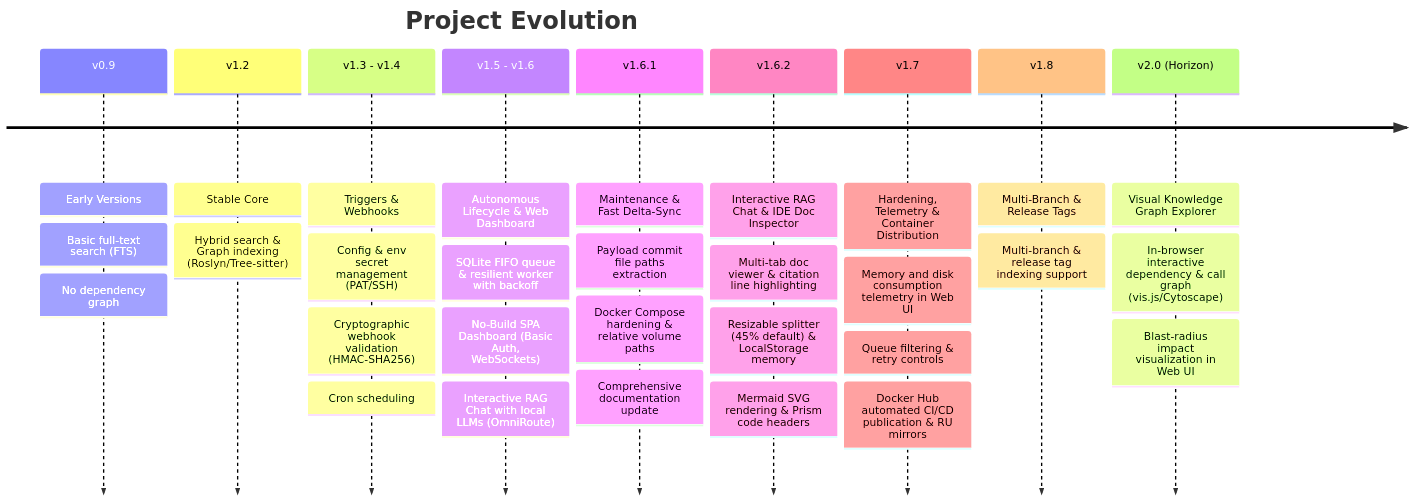
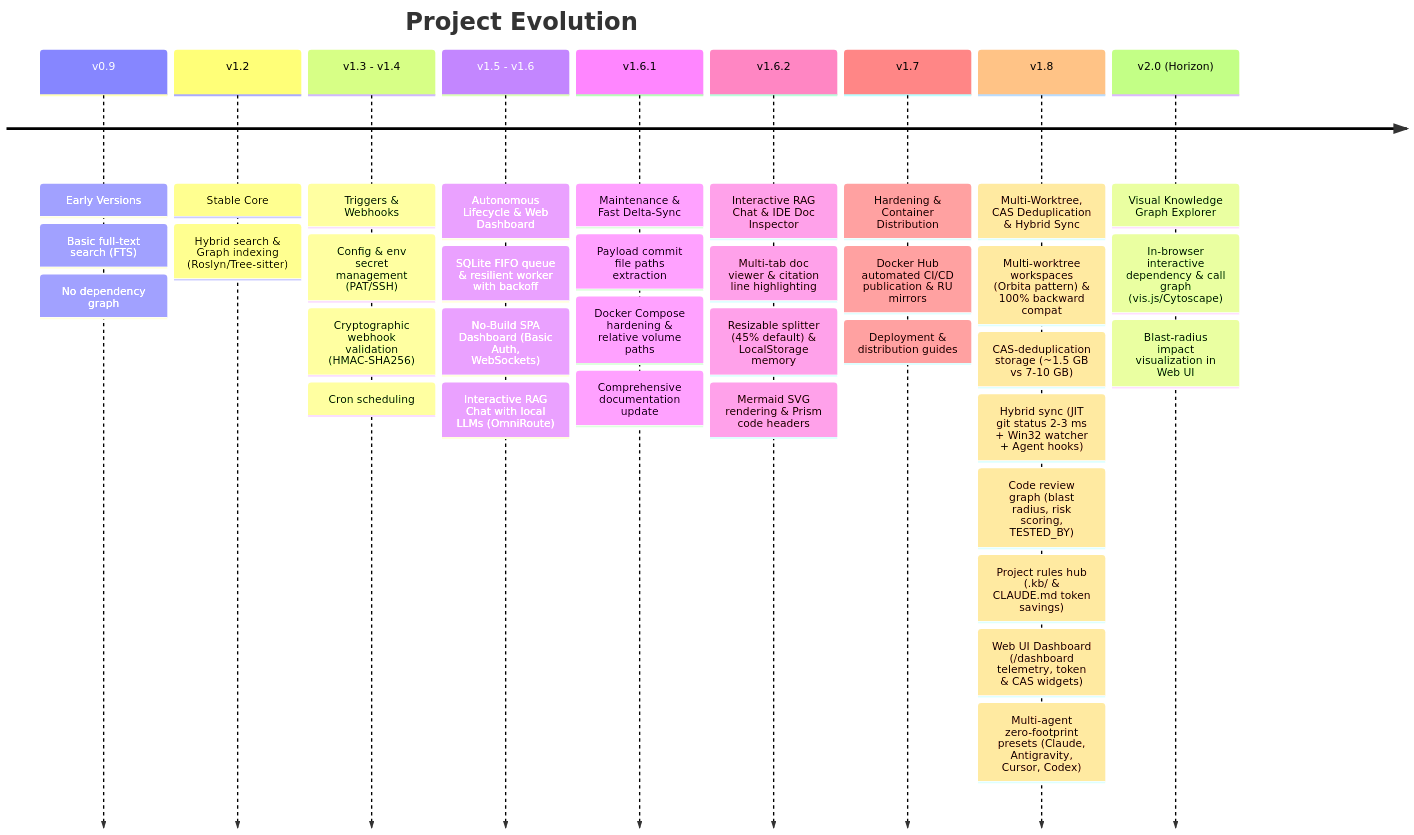
Before and after one commit to PaulTheSecond/knowledgebase-mcp: the diagram in docs/roadmap_autonomous_sync.md, drawn with Mermaid. The commit also changed other lines of this file and 2 other files, not shown here.

Commit message:
docs(architecture): add ADR-008 and update roadmap for v1.8 Multi-Worktree, CAS and Hybrid Sync

````diff
--- a/docs/roadmap_autonomous_sync.md
+++ b/docs/roadmap_autonomous_sync.md
@@ -11,34 +11,39 @@
 ```mermaid
 timeline
     title Project Evolution
     v0.9 : Early Versions
          : Basic full-text search (FTS)
          : No dependency graph
     v1.2 : Stable Core
          : Hybrid search & Graph indexing (Roslyn/Tree-sitter)
     v1.3 - v1.4 : Triggers & Webhooks
          : Config & env secret management (PAT/SSH)
          : Cryptographic webhook validation (HMAC-SHA256)
          : Cron scheduling
     v1.5 - v1.6 : Autonomous Lifecycle & Web Dashboard
          : SQLite FIFO queue & resilient worker with backoff
          : No-Build SPA Dashboard (Basic Auth, WebSockets)
          : Interactive RAG Chat with local LLMs (OmniRoute)
     v1.6.1 : Maintenance & Fast Delta-Sync
          : Payload commit file paths extraction
          : Docker Compose hardening & relative volume paths
          : Comprehensive documentation update
     v1.6.2 : Interactive RAG Chat & IDE Doc Inspector
          : Multi-tab doc viewer & citation line highlighting
          : Resizable splitter (45% default) & LocalStorage memory
          : Mermaid SVG rendering & Prism code headers
-    v1.7 : Hardening, Telemetry & Container Distribution
-         : Memory and disk consumption telemetry in Web UI
-         : Queue filtering & retry controls
+    v1.7 : Hardening & Container Distribution
          : Docker Hub automated CI/CD publication & RU mirrors
-    v1.8 : Multi-Branch & Release Tags
-         : Multi-branch & release tag indexing support
+         : Deployment & distribution guides
+    v1.8 : Multi-Worktree, CAS Deduplication & Hybrid Sync
+         : Multi-worktree workspaces (Orbita pattern) & 100% backward compat
+         : CAS-deduplication storage (~1.5 GB vs 7-10 GB)
+         : Hybrid sync (JIT git status 2-3 ms + Win32 watcher + Agent hooks)
+         : Code review graph (blast radius, risk scoring, TESTED_BY)
+         : Project rules hub (.kb/ & CLAUDE.md token savings)
+         : Web UI Dashboard (/dashboard telemetry, token & CAS widgets)
+         : Multi-agent zero-footprint presets (Claude, Antigravity, Cursor, Codex)
     v2.0 (Horizon) : Visual Knowledge Graph Explorer
          : In-browser interactive dependency & call graph (vis.js/Cytoscape)
          : Blast-radius impact visualization in Web UI
 ```
````
